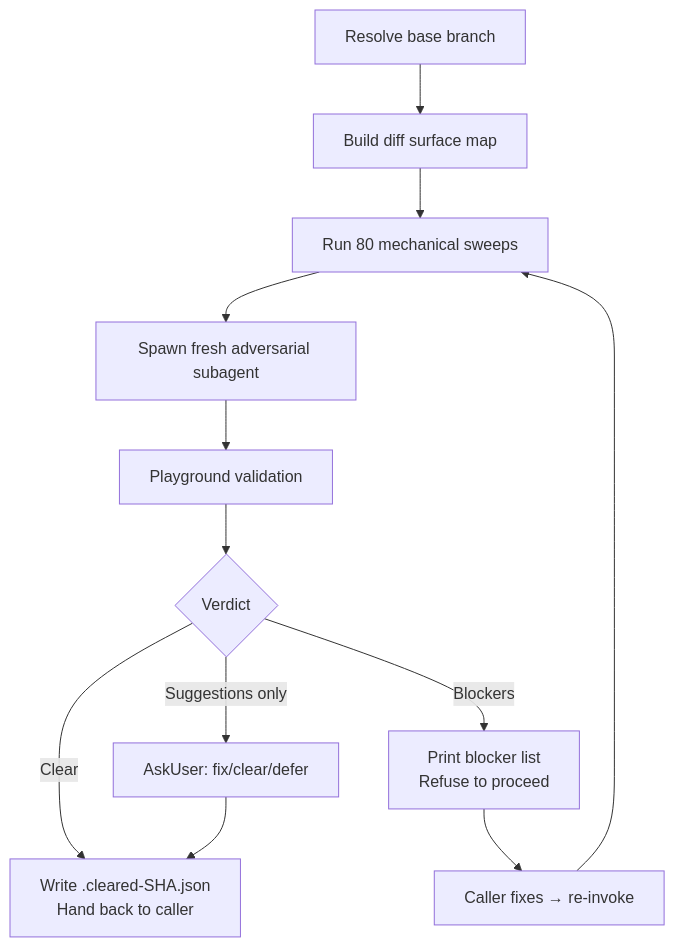
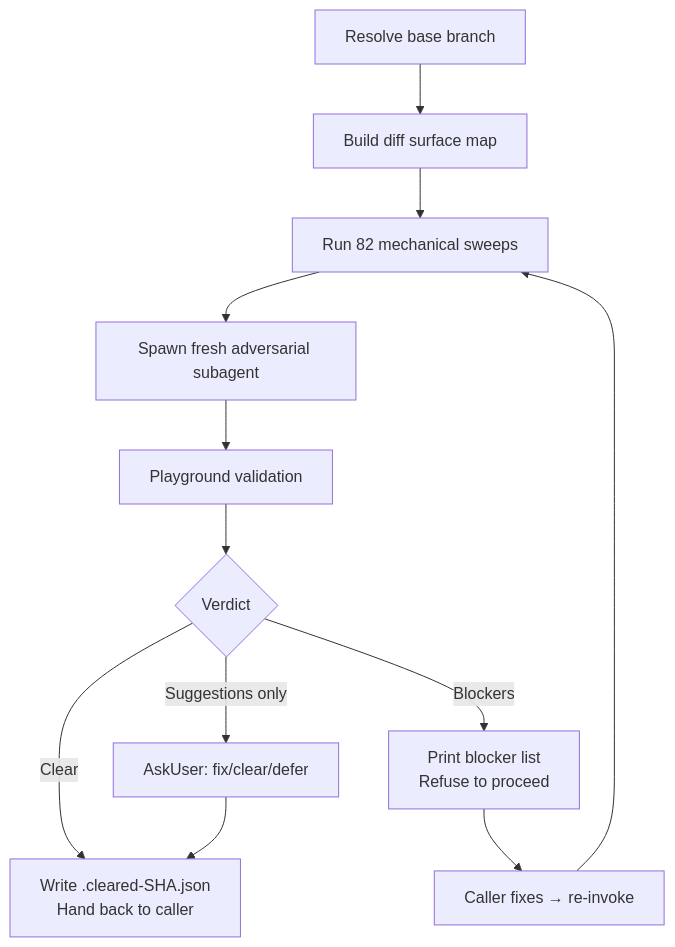
The diagram in skills/adversarial-review/README.md (whizzzkid/skills), drawn with Mermaid before and after one commit. The commit also changed other lines of this file and 5 other files, not shown here.

````diff
--- a/skills/adversarial-review/README.md
+++ b/skills/adversarial-review/README.md
@@ -16,14 +16,14 @@
 ```mermaid
 flowchart TD
     A[Resolve base branch] --> B[Build diff surface map]
-    B --> C[Run 80 mechanical sweeps]
+    B --> C[Run 82 mechanical sweeps]
     C --> D[Spawn fresh adversarial subagent]
     D --> E[Playground validation]
     E --> F{Verdict}
     F -->|Clear| G[Write .cleared-SHA.json<br/>Hand back to caller]
     F -->|Blockers| H[Print blocker list<br/>Refuse to proceed]
     F -->|Suggestions only| I[AskUser: fix/clear/defer]
     H --> J[Caller fixes → re-invoke]
     J --> C
     I --> G
 ```
````
